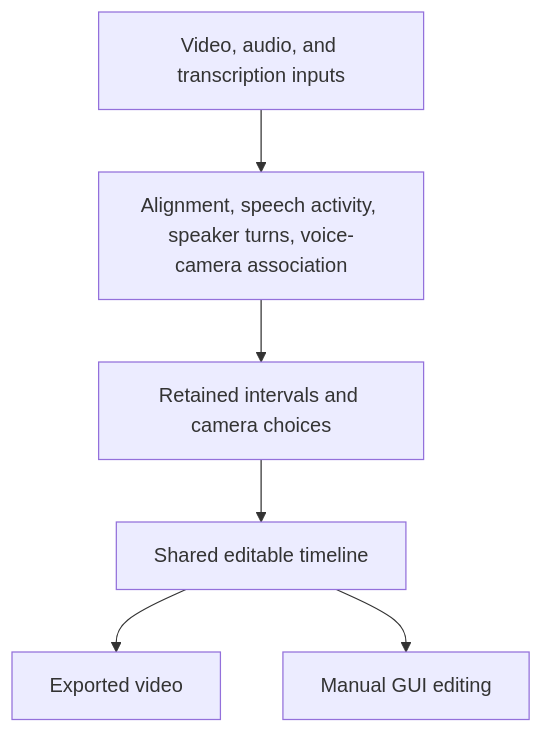
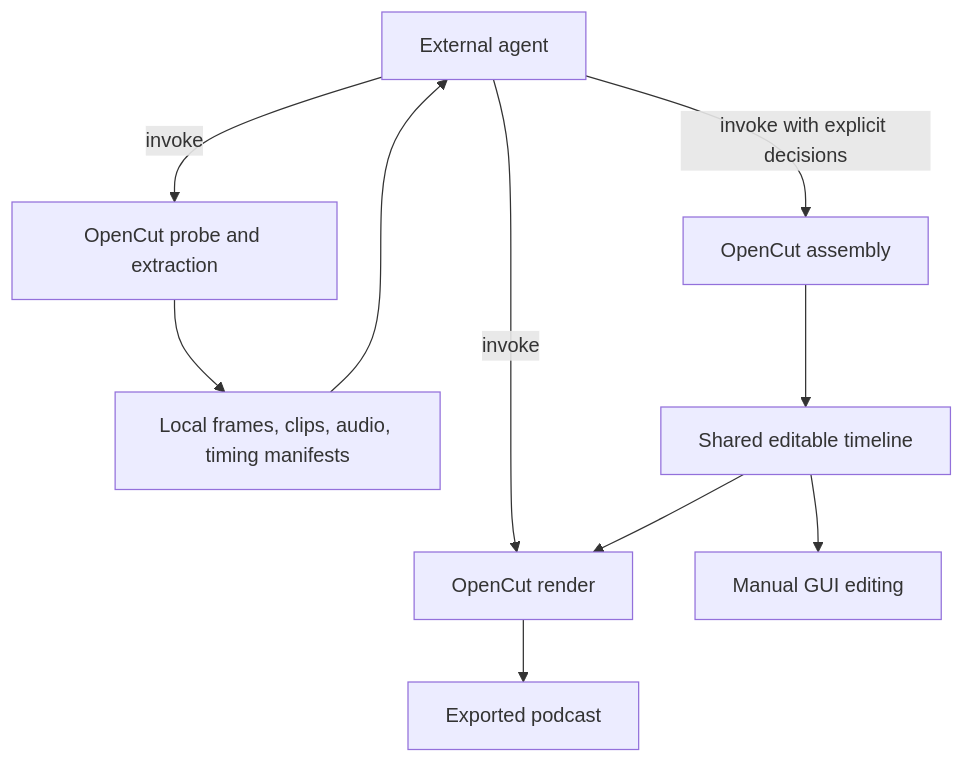
Before and after one commit to waterblower/opencut: the third of 3 diagrams in rust/src/cli/PLAN.md, drawn with Mermaid. The commit also changed other lines of this file and 10 other files, not shown here.

````diff
--- a/rust/src/cli/PLAN.md
+++ b/rust/src/cli/PLAN.md
@@ -111,10 +125,12 @@
 ```mermaid
 flowchart TD
-    Inputs[Video, audio, and transcription inputs]
-    Analysis[Alignment, speech activity, speaker turns, voice-camera association]
-    Decisions[Retained intervals and camera choices]
-    Timeline[Shared editable timeline]
-    Video[Exported video]
-    Inputs --> Analysis --> Decisions --> Timeline --> Video
+    Agent[External agent] -->|invoke| Extract[OpenCut probe and extraction]
+    Extract --> Artifacts[Local frames, clips, audio, timing manifests]
+    Artifacts --> Agent
+    Agent -->|invoke with explicit decisions| Assemble[OpenCut assembly]
+    Assemble --> Timeline[Shared editable timeline]
+    Agent -->|invoke| Render[OpenCut render]
+    Timeline --> Render
     Timeline --> GUI[Manual GUI editing]
+    Render --> Episode[Exported podcast]
 ```
````
